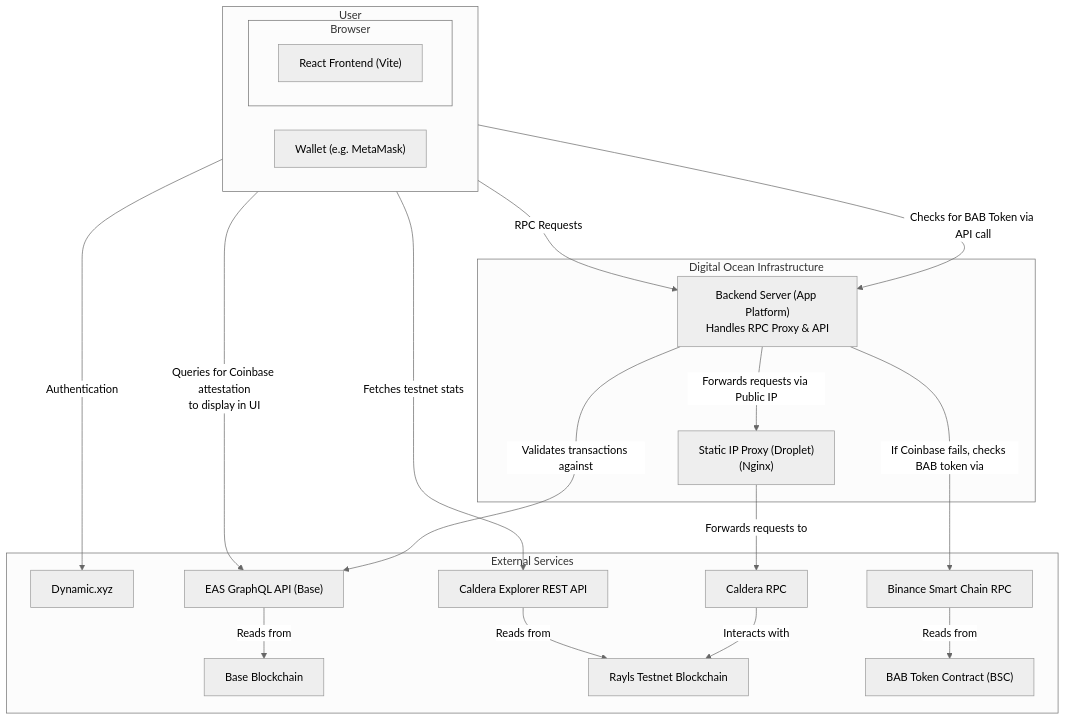
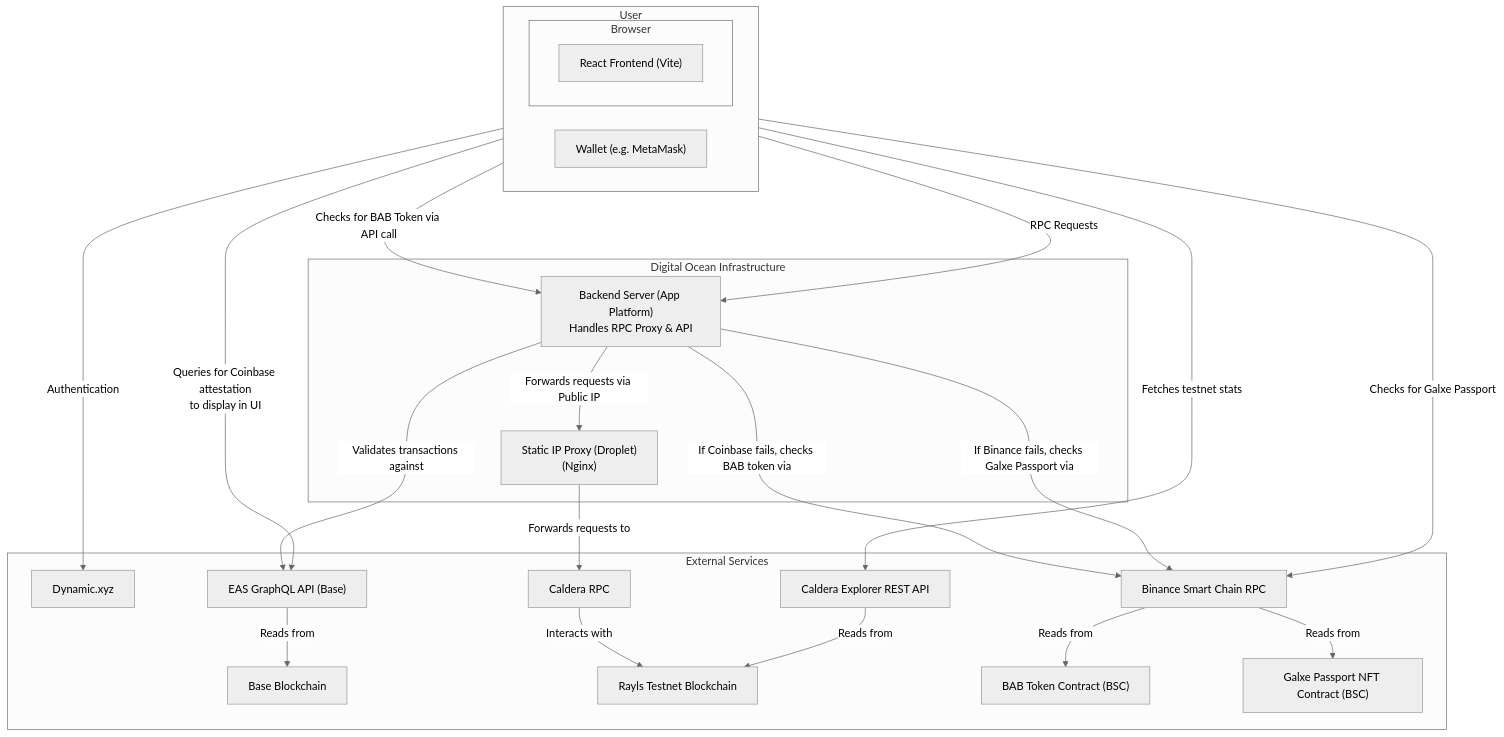
The diagram in README.md (AlexJupiter/rayls-dapp), drawn with Mermaid (neutral theme) before and after one commit. The commit also changed other lines of this file and 1 other file, not shown here.

Commit message:
Adding galxe info to readme

````diff
--- a/README.md
+++ b/README.md
@@ -24,40 +24,44 @@
 ```mermaid
 graph TD
     subgraph "User"
         direction LR
         subgraph "Browser"
             A["React Frontend (Vite)"]
         end
         H["Wallet (e.g. MetaMask)"]
     end
 
     subgraph "Digital Ocean Infrastructure"
         B["Backend Server (App Platform)<br/>Handles RPC Proxy & API"]
         P["Static IP Proxy (Droplet)<br/>(Nginx)"]
     end
 
     subgraph "External Services"
         C["Dynamic.xyz"]
         D["Caldera RPC"]
         E["EAS GraphQL API (Base)"]
         F["Base Blockchain"]
         G["Rayls Testnet Blockchain"]
         I["Caldera Explorer REST API"]
         J["Binance Smart Chain RPC"]
         K["BAB Token Contract (BSC)"]
+        L["Galxe Passport NFT Contract (BSC)"]
     end
 
     A -- "Authentication" --> C;
     A -- "Queries for Coinbase attestation<br/>to display in UI" --> E;
     A -- "Checks for BAB Token via API call" --> B
+    A -- "Checks for Galxe Passport" --> J
     A -- "Fetches testnet stats" --> I;
     H -- "RPC Requests" --> B;
     B -- "Forwards requests via Public IP" --> P;
     P -- "Forwards requests to" --> D;
     D -- "Interacts with" --> G;
     B -- "Validates transactions against" --> E;
     B -- "If Coinbase fails, checks BAB token via" --> J
+    B -- "If Binance fails, checks Galxe Passport via" --> J
     E -- "Reads from" --> F;
     I -- "Reads from" --> G;
     J -- "Reads from" --> K;
+    J -- "Reads from" --> L;
 ```
````
